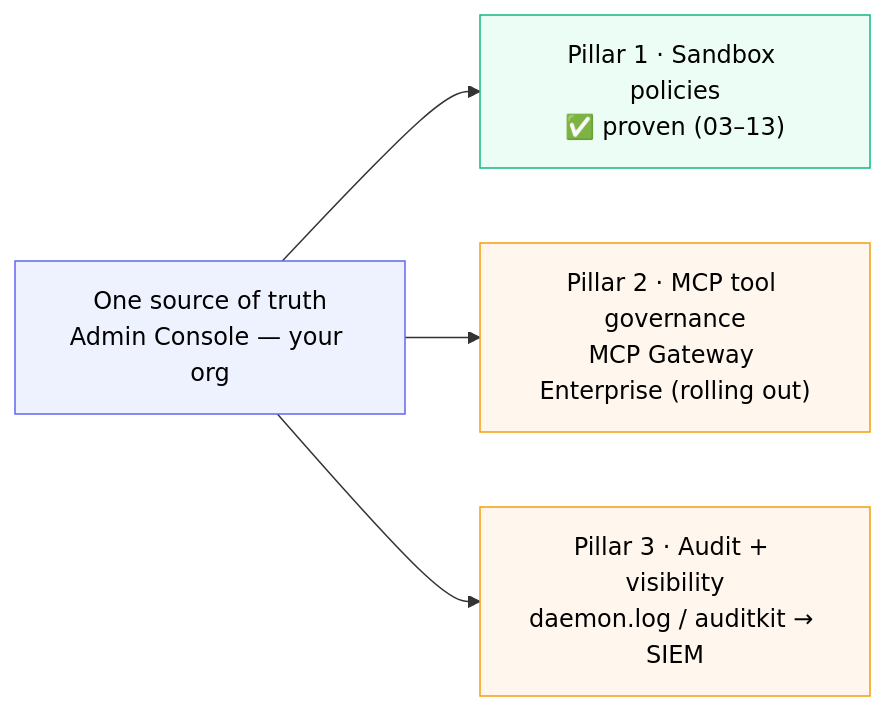
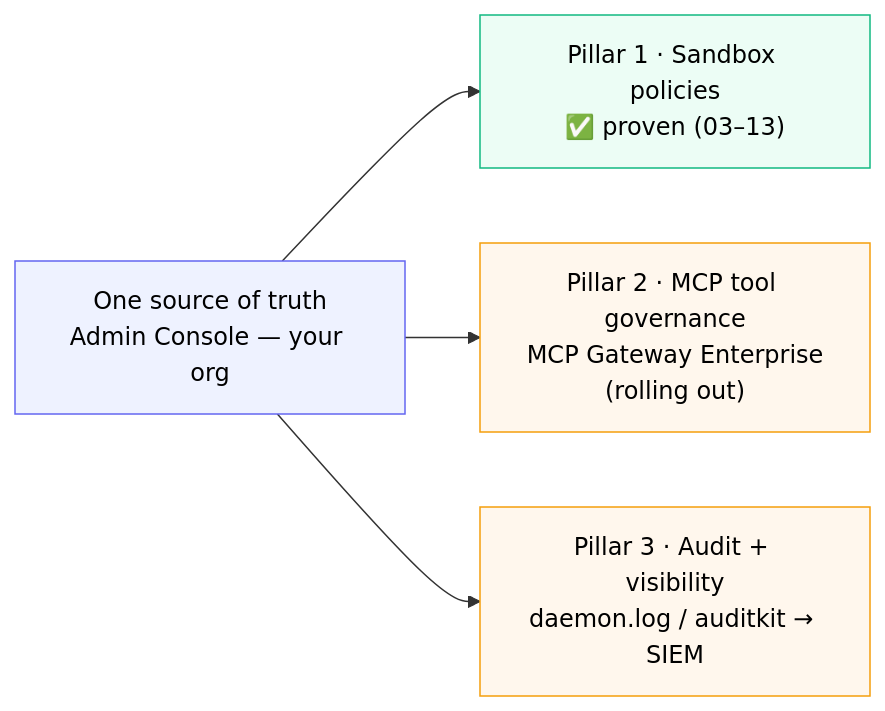
The diagram in labspace/05-whats-next.md (ajeetraina/labspace-docker-ai-governance), drawn with Mermaid before and after one commit. The commit also changed 14 other files, not shown here.

First line of the commit message:
Fix diagram text overflow: wrap long labels, shorten wide subgraph titles

````diff
--- a/labspace/05-whats-next.md
+++ b/labspace/05-whats-next.md
@@ -3,14 +3,14 @@
 ```mermaid
 flowchart LR
     ADMIN["One source of truth<br/>Admin Console — your org"] --> P1 & P2 & P3
     P1["Pillar 1 · Sandbox policies<br/>✅ proven (03–13)"]
-    P2["Pillar 2 · MCP tool governance<br/>MCP Gateway Enterprise (rolling out)"]
+    P2["Pillar 2 · MCP tool governance<br/>MCP Gateway Enterprise<br/>(rolling out)"]
     P3["Pillar 3 · Audit + visibility<br/>daemon.log / auditkit → SIEM"]
 
     classDef admin fill:#eef2ff,stroke:#6366f1,color:#000
     classDef done fill:#ecfdf5,stroke:#10b981,color:#000
     classDef road fill:#fff7ed,stroke:#f59e0b,color:#000
     class ADMIN admin
     class P1 done
     class P2,P3 road
 ```
````
